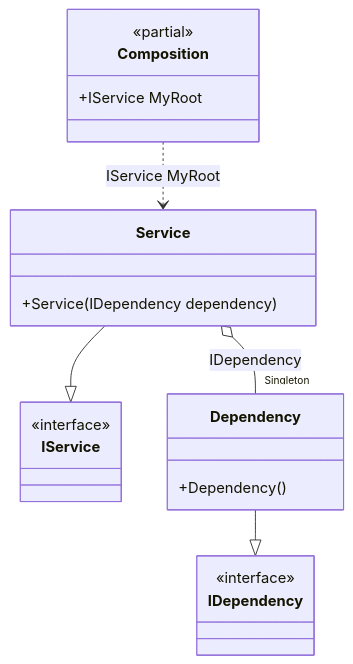
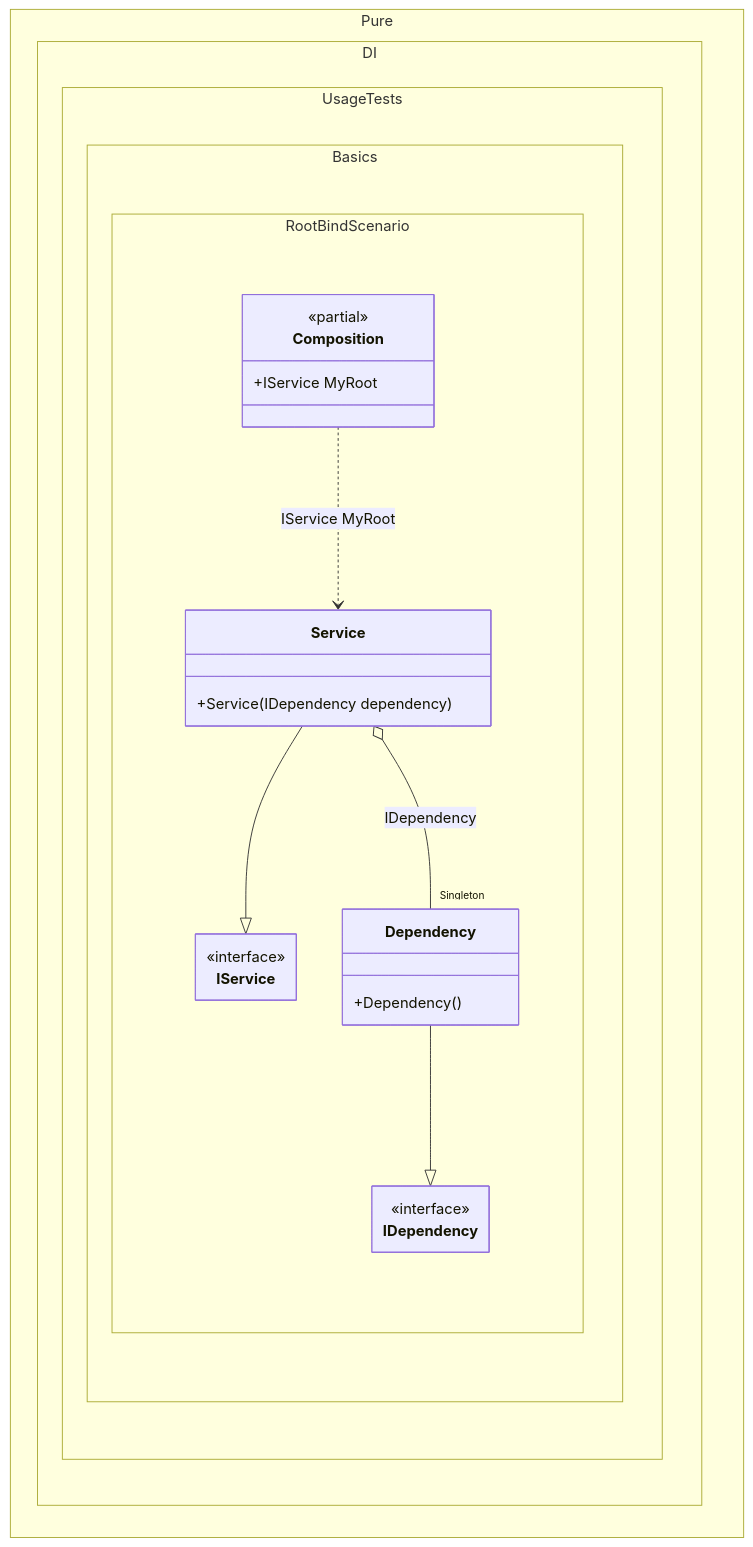
One commit to DevTeam/Pure.DI changed the diagram in readme/root-binding.md. Above: the diagram before and after it, drawn with Mermaid. The commit also changed 103 other files, not shown here.

Commit message:
Improved class diagrams

````diff
--- a/readme/root-binding.md
+++ b/readme/root-binding.md
@@ -75,23 +75,30 @@
 ```mermaid
+---
+ config:
+  class:
+   hideEmptyMembersBox: true
+---
 classDiagram
-	class Composition {
+	Service --|> IService
+	Dependency --|> IDependency
+	Composition ..> Service : IService MyRoot
+	Service o-- "Singleton" Dependency : IDependency
+	namespace Pure.DI.UsageTests.Basics.RootBindScenario {
+		class Composition {
 		<<partial>>
 		+IService MyRoot
+		}
+		class Dependency {
+			+Dependency()
+		}
+		class IDependency {
+			<<interface>>
+		}
+		class IService {
+			<<interface>>
+		}
+		class Service {
+			+Service(IDependency dependency)
+		}
 	}
-	Service --|> IService
-	class Service {
-		+Service(IDependency dependency)
-	}
-	Dependency --|> IDependency
-	class Dependency {
-		+Dependency()
-	}
-	class IService {
-		<<interface>>
-	}
-	class IDependency {
-		<<interface>>
-	}
-	Composition ..> Service : IService MyRoot
-	Service o-- "Singleton" Dependency : IDependency
 ```
````
